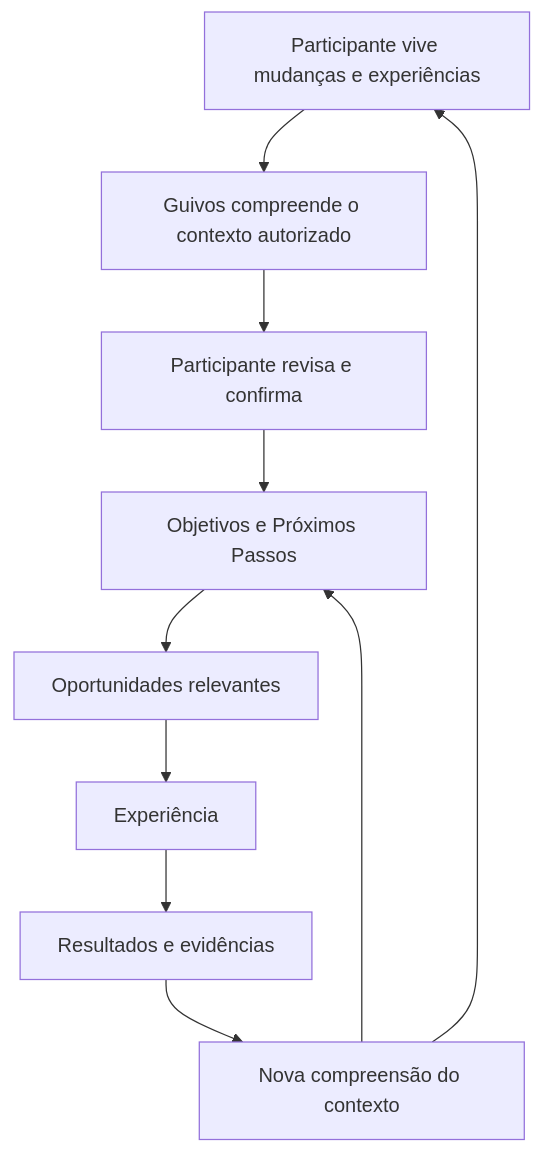
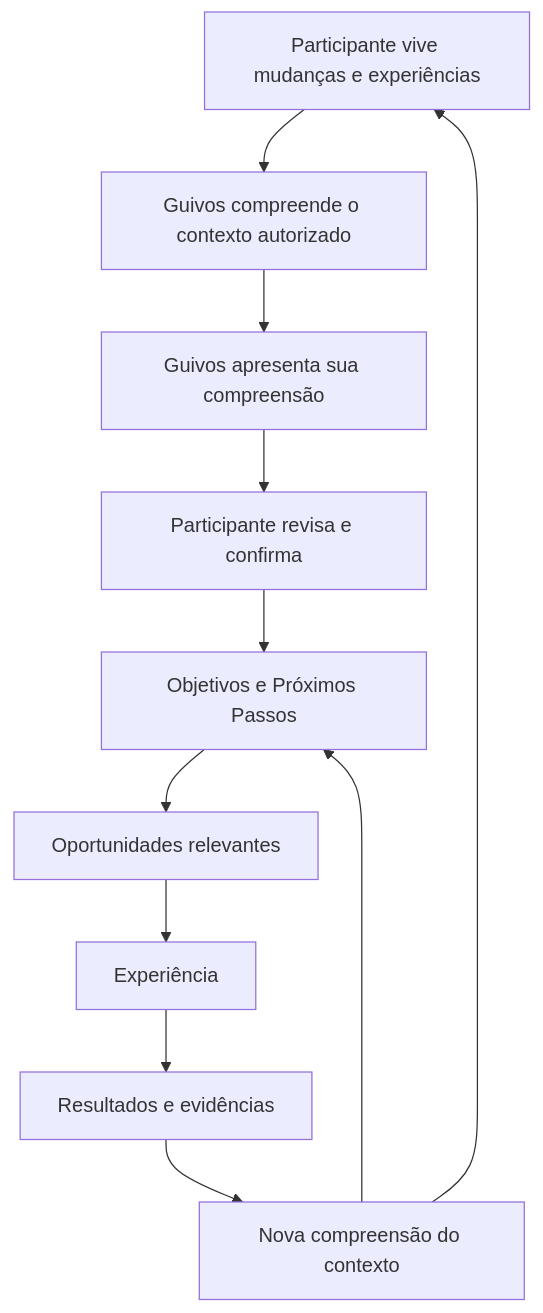
The second of 4 diagrams in docs/public/guia-oficial-da-guivos.md (guivos-repositorio/Guivos-Knowledge-Repository), drawn with Mermaid before and after one commit. The commit also changed other lines of this file, not shown here.

Commit message:
fix(gog): align foundation and improve public diagrams

````diff
--- a/docs/public/guia-oficial-da-guivos.md
+++ b/docs/public/guia-oficial-da-guivos.md
@@ -236,21 +256,23 @@
 ```mermaid
 flowchart TD
     A[Participante vive mudanças e experiências]
     B[Guivos compreende o contexto autorizado]
-    C[Participante revisa e confirma]
-    D[Objetivos e Próximos Passos]
-    E[Oportunidades relevantes]
-    F[Experiência]
-    G[Resultados e evidências]
-    H[Nova compreensão do contexto]
+    C[Guivos apresenta sua compreensão]
+    D[Participante revisa e confirma]
+    E[Objetivos e Próximos Passos]
+    F[Oportunidades relevantes]
+    G[Experiência]
+    H[Resultados e evidências]
+    I[Nova compreensão do contexto]
 
     A --> B
     B --> C
     C --> D
     D --> E
     E --> F
     F --> G
     G --> H
-    H --> D
-    H --> A
+    H --> I
+    I --> E
+    I --> A
 ```
````
